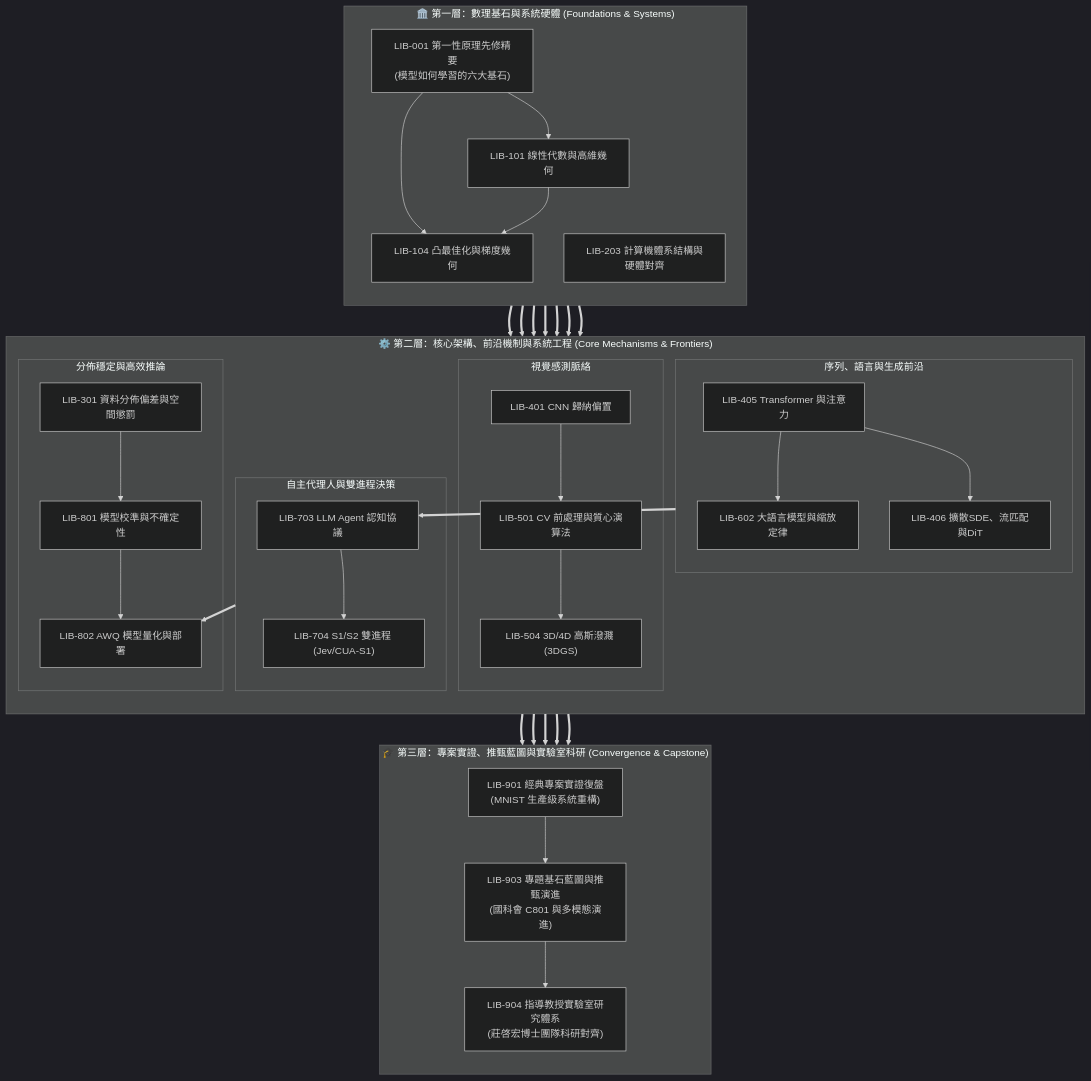
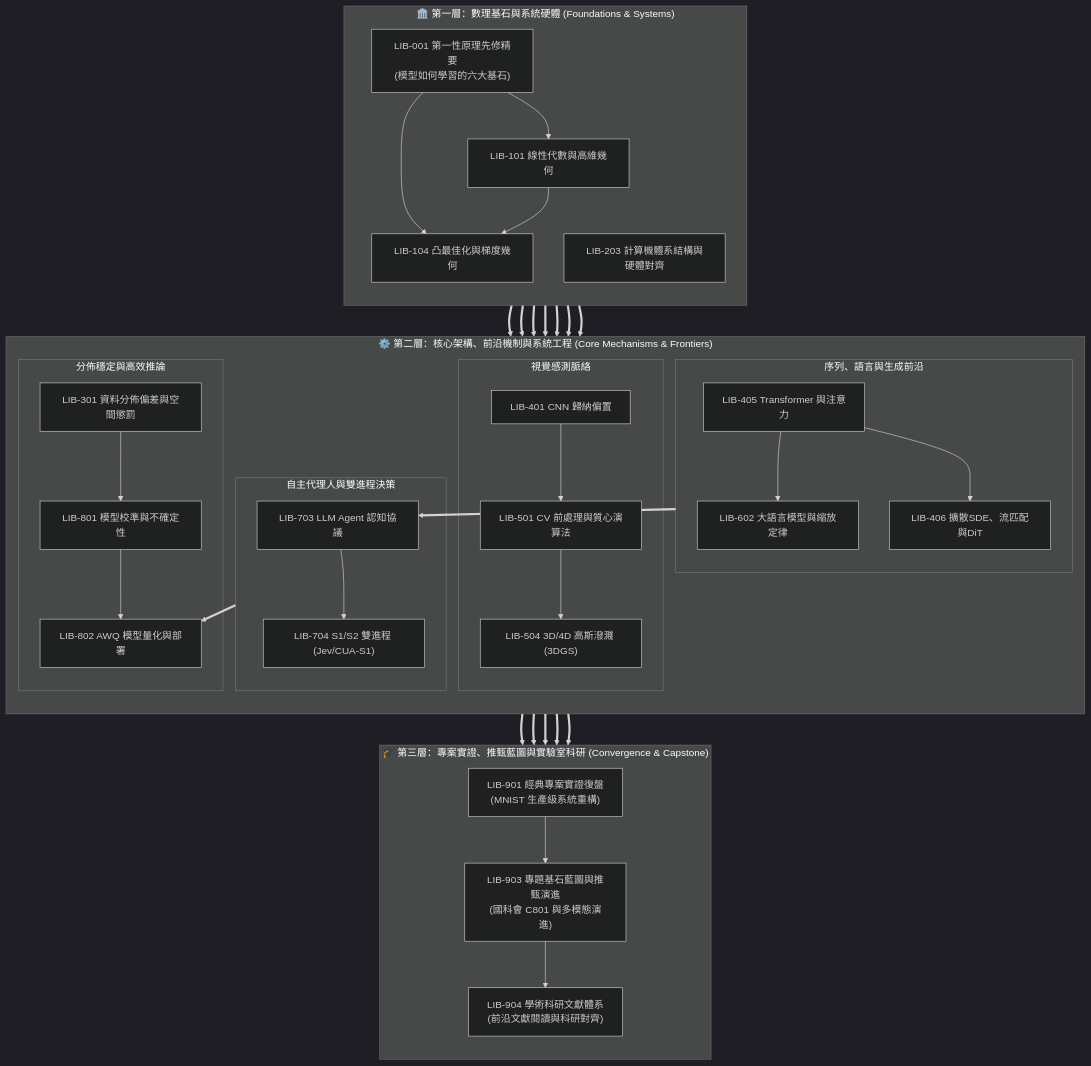
The diagram in 00_總覽與拓樸導覽/LIB-000 圖書館總覽與拓樸導覽系統 (Grand Library Index & Navigator).md (OPluke11-abula/library), drawn with Mermaid (dark theme) before and after one commit. The commit also changed other lines of this file and 46 other files, not shown here.

````diff
--- a/00_總覽與拓樸導覽/LIB-000 圖書館總覽與拓樸導覽系統 (Grand Library Index & Navigator).md
+++ b/00_總覽與拓樸導覽/LIB-000 圖書館總覽與拓樸導覽系統 (Grand Library Index & Navigator).md
@@ -79,76 +79,76 @@
 ```mermaid
 flowchart TD
     %% 全館三大分層宏偉知識有向無環圖 (3-Tier Grand Architecture)
 
     subgraph Tier1["🏛️ 第一層：數理基石與系統硬體 (Foundations & Systems)"]
         direction TB
         LIB001["LIB-001 第一性原理先修精要<br/>(模型如何學習的六大基石)"]
         LIB101["LIB-101 線性代數與高維幾何"]
         LIB104["LIB-104 凸最佳化與梯度幾何"]
         LIB203["LIB-203 計算機體系結構與硬體對齊"]
 
         LIB001 --> LIB101
         LIB001 --> LIB104
         LIB101 --> LIB104
     end
 
     subgraph Tier2["⚙️ 第二層：核心架構、前沿機制與系統工程 (Core Mechanisms & Frontiers)"]
         direction TB
         subgraph VisualAxis["視覺感測脈絡"]
             LIB401["LIB-401 CNN 歸納偏置"]
             LIB501["LIB-501 CV 前處理與質心演算法"]
             LIB504["LIB-504 3D/4D 高斯潑濺 (3DGS)"]
             LIB401 --> LIB501
             LIB501 --> LIB504
         end
 
         subgraph SequenceAxis["序列、語言與生成前沿"]
             LIB405["LIB-405 Transformer 與注意力"]
             LIB406["LIB-406 擴散SDE、流匹配與DiT"]
             LIB602["LIB-602 大語言模型與縮放定律"]
             LIB405 --> LIB406
             LIB405 --> LIB602
         end
 
         subgraph AgentAxis["自主代理人與雙進程決策"]
             LIB703["LIB-703 LLM Agent 認知協議"]
             LIB704["LIB-704 S1/S2 雙進程 (Jev/CUA-S1)"]
             LIB703 --> LIB704
         end
 
         subgraph SystemAxis["分佈穩定與高效推論"]
             LIB301["LIB-301 資料分佈偏差與空間懲罰"]
             LIB801["LIB-801 模型校準與不確定性"]
             LIB802["LIB-802 AWQ 模型量化與部署"]
             LIB301 --> LIB801
             LIB801 --> LIB802
         end
     end
 
     subgraph Tier3["🎓 第三層：專案實證、推甄藍圖與實驗室科研 (Convergence & Capstone)"]
         direction TB
         LIB901["LIB-901 經典專案實證復盤<br/>(MNIST 生產級系統重構)"]
         LIB903["LIB-903 專題基石藍圖與推甄演進<br/>(國科會 C801 與多模態演進)"]
-        LIB904["LIB-904 指導教授實驗室研究體系<br/>(莊啓宏博士團隊科研對齊)"]
+        LIB904["LIB-904 學術科研文獻體系<br/>(前沿文獻閱讀與科研對齊)"]
 
         LIB901 --> LIB903
         LIB903 --> LIB904
     end
 
     %% 主幹跨層依賴鏈接 (Primary Cross-Tier Dependencies)
     LIB101 ==> LIB401
     LIB101 ==> LIB405
     LIB203 ==> LIB401
     LIB203 ==> LIB405
     LIB203 ==> LIB802
     LIB104 ==> LIB602
     LIB104 ==> LIB406
 
     VisualAxis ==> LIB901
     VisualAxis ==> LIB904
     SequenceAxis ==> LIB703
     SequenceAxis ==> LIB904
     AgentAxis ==> LIB802
     SystemAxis ==> LIB901
     SystemAxis ==> LIB903
 ```
````
